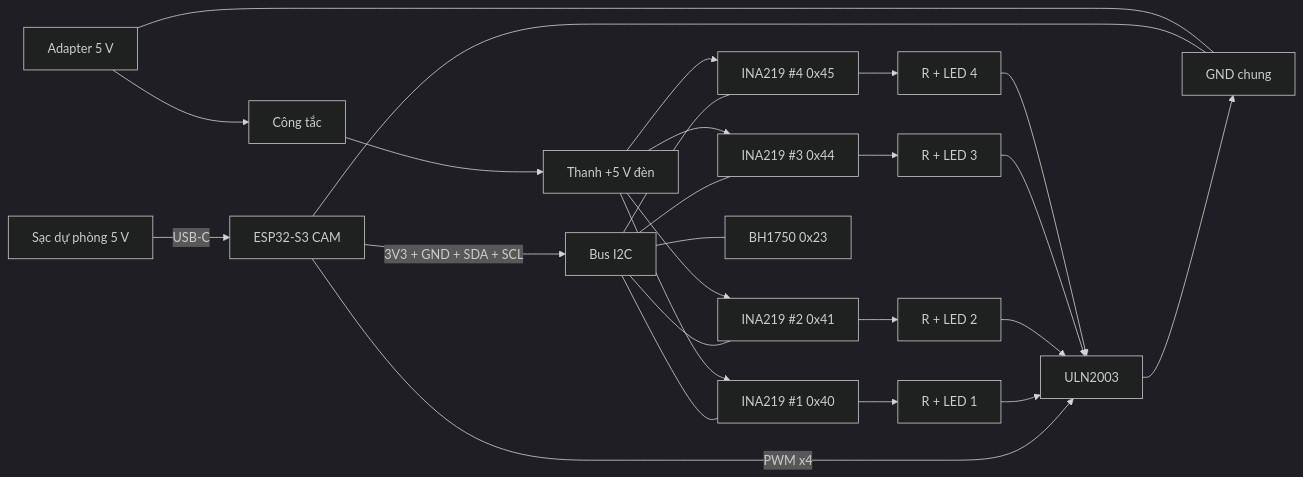
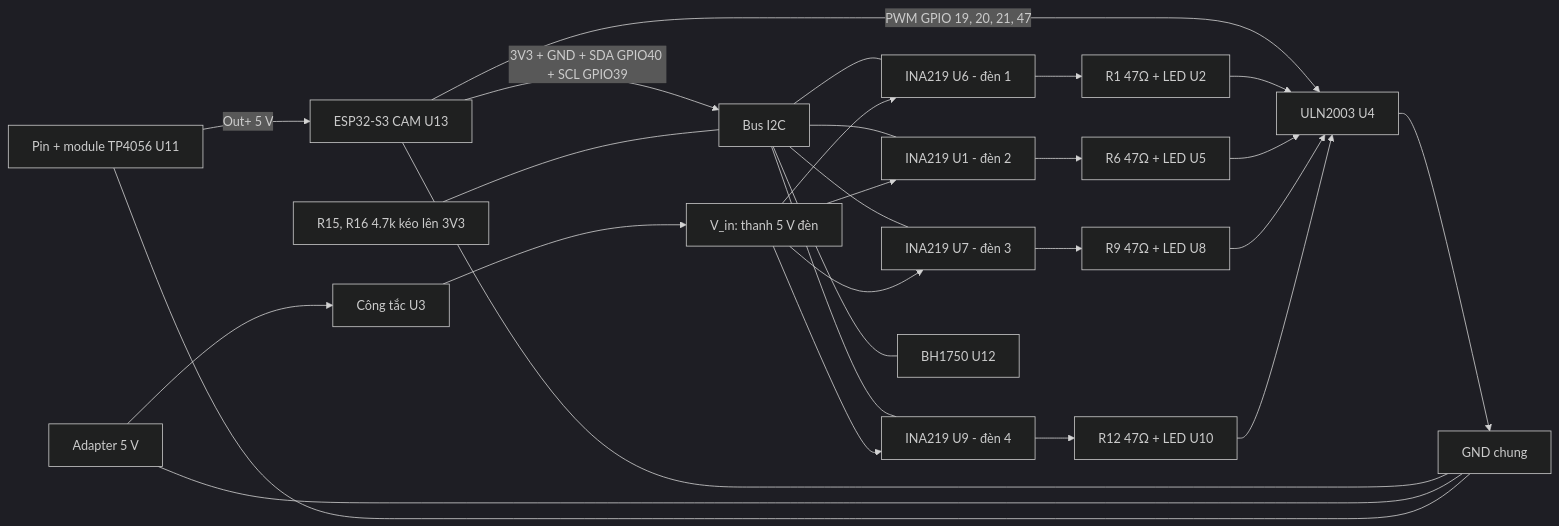
Before and after one commit to nguyenduyhoanganh1-prog/smart_street_lighting: the diagram in plans/03-so-do-noi-day.md, drawn with Mermaid (dark theme). The commit also changed other lines of this file and 8 other files, not shown here.

Commit message:
docs: evaluation results, work log, wiring diagram and board config

````diff
--- a/plans/03-so-do-noi-day.md
+++ b/plans/03-so-do-noi-day.md
@@ -28,26 +34,28 @@
 ```mermaid
 flowchart LR
-    PB[Sạc dự phòng 5 V] -->|USB-C| ESP[ESP32-S3 CAM]
-    AD[Adapter 5 V] --> SW[Công tắc] --> RAIL5[Thanh +5 V đèn]
+    BAT[Pin + module TP4056 U11] -->|Out+ 5 V| ESP[ESP32-S3 CAM U13]
+    AD[Adapter 5 V] --> SW[Công tắc U3] --> VIN[V_in: thanh 5 V đèn]
 
-    ESP -->|3V3 + GND + SDA + SCL| I2C[Bus I2C]
-    I2C --- INA1[INA219 #1 0x40]
-    I2C --- INA2[INA219 #2 0x41]
-    I2C --- INA3[INA219 #3 0x44]
-    I2C --- INA4[INA219 #4 0x45]
-    I2C --- BH[BH1750 0x23]
+    ESP -->|3V3 + GND + SDA GPIO40 + SCL GPIO39| I2C[Bus I2C]
+    PU[R15, R16 4.7k kéo lên 3V3] --- I2C
+    I2C --- INA1[INA219 U6 - đèn 1]
+    I2C --- INA2[INA219 U1 - đèn 2]
+    I2C --- INA3[INA219 U7 - đèn 3]
+    I2C --- INA4[INA219 U9 - đèn 4]
+    I2C --- BH[BH1750 U12]
 
-    RAIL5 --> INA1 --> L1[R + LED 1]
-    RAIL5 --> INA2 --> L2[R + LED 2]
-    RAIL5 --> INA3 --> L3[R + LED 3]
-    RAIL5 --> INA4 --> L4[R + LED 4]
+    VIN --> INA1 --> L1[R1 47Ω + LED U2]
+    VIN --> INA2 --> L2[R6 47Ω + LED U5]
+    VIN --> INA3 --> L3[R9 47Ω + LED U8]
+    VIN --> INA4 --> L4[R12 47Ω + LED U10]
 
-    ESP -->|PWM x4| ULN[ULN2003]
+    ESP -->|PWM GPIO 19, 20, 21, 47| ULN[ULN2003 U4]
     L1 --> ULN
     L2 --> ULN
     L3 --> ULN
     L4 --> ULN
     ULN --> GND[GND chung]
     ESP --- GND
     AD --- GND
+    BAT --- GND
 ```
````
